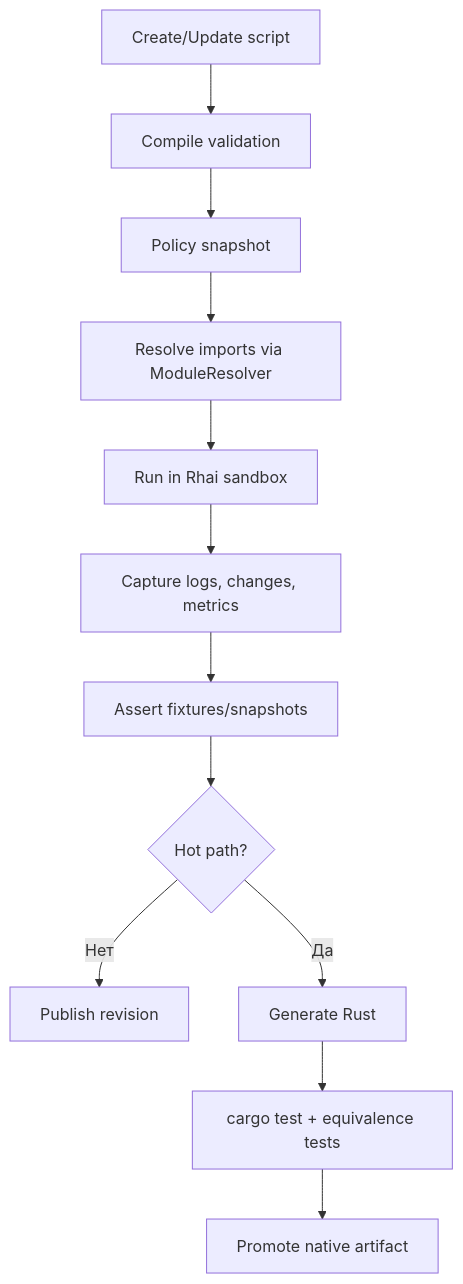
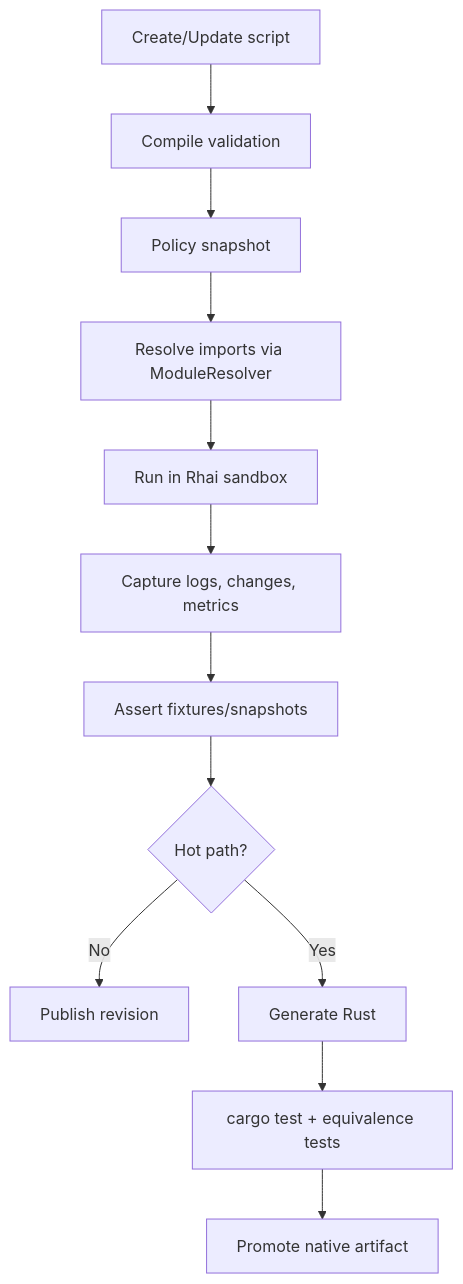
Before and after one commit to RusTokRs/RusTok: the second of 2 diagrams in docs/research/Alloy-research.md, drawn with Mermaid. The commit also changed other lines of this file and 270 other files, not shown here.

````diff
--- a/docs/research/Alloy-research.md
+++ b/docs/research/Alloy-research.md
@@ -155,14 +156,14 @@
 ```mermaid
 flowchart TD
     A[Create/Update script] --> B[Compile validation]
     B --> C[Policy snapshot]
     C --> D[Resolve imports via ModuleResolver]
     D --> E[Run in Rhai sandbox]
     E --> F[Capture logs, changes, metrics]
     F --> G[Assert fixtures/snapshots]
     G --> H{Hot path?}
-    H -- Нет --> I[Publish revision]
-    H -- Да --> J[Generate Rust]
+    H -- No --> I[Publish revision]
+    H -- Yes --> J[Generate Rust]
     J --> K[cargo test + equivalence tests]
     K --> L[Promote native artifact]
 ```
````
